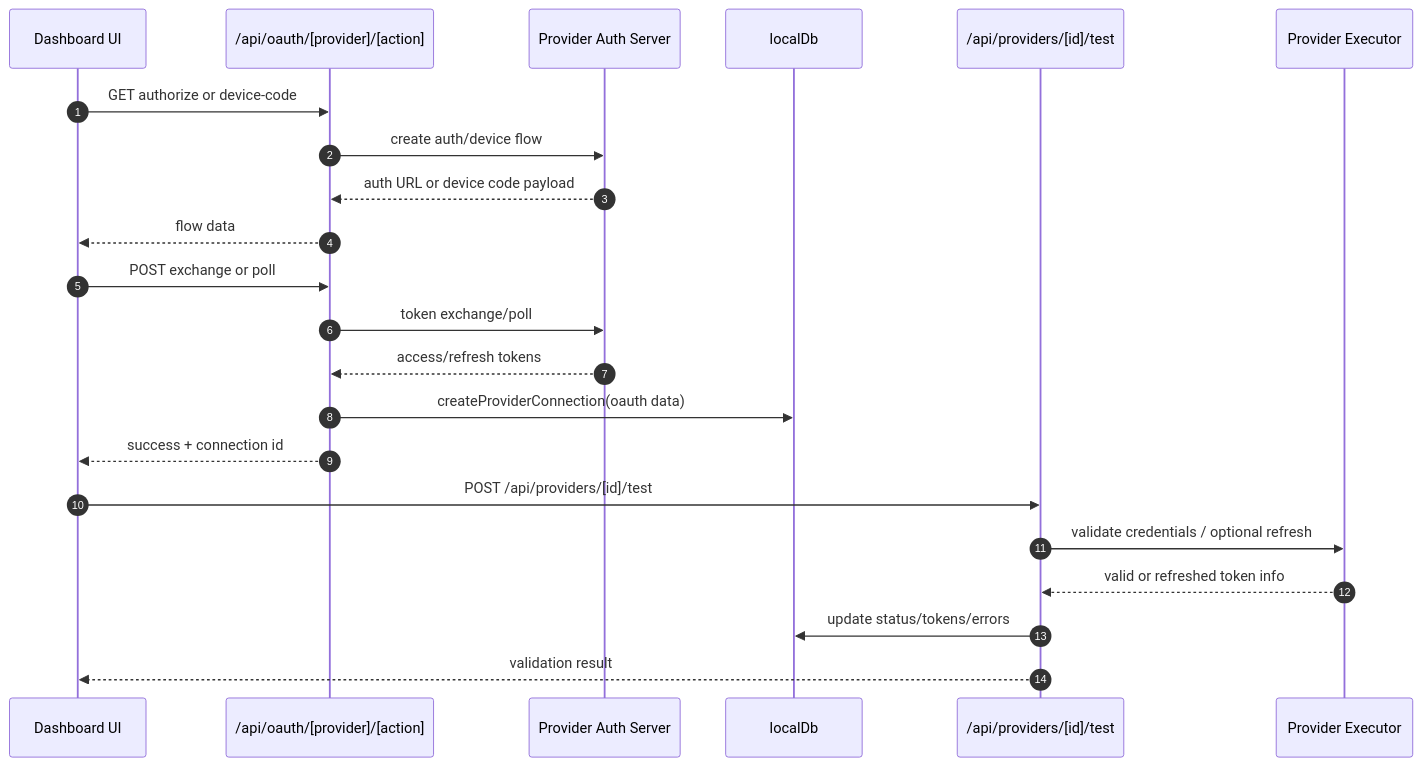
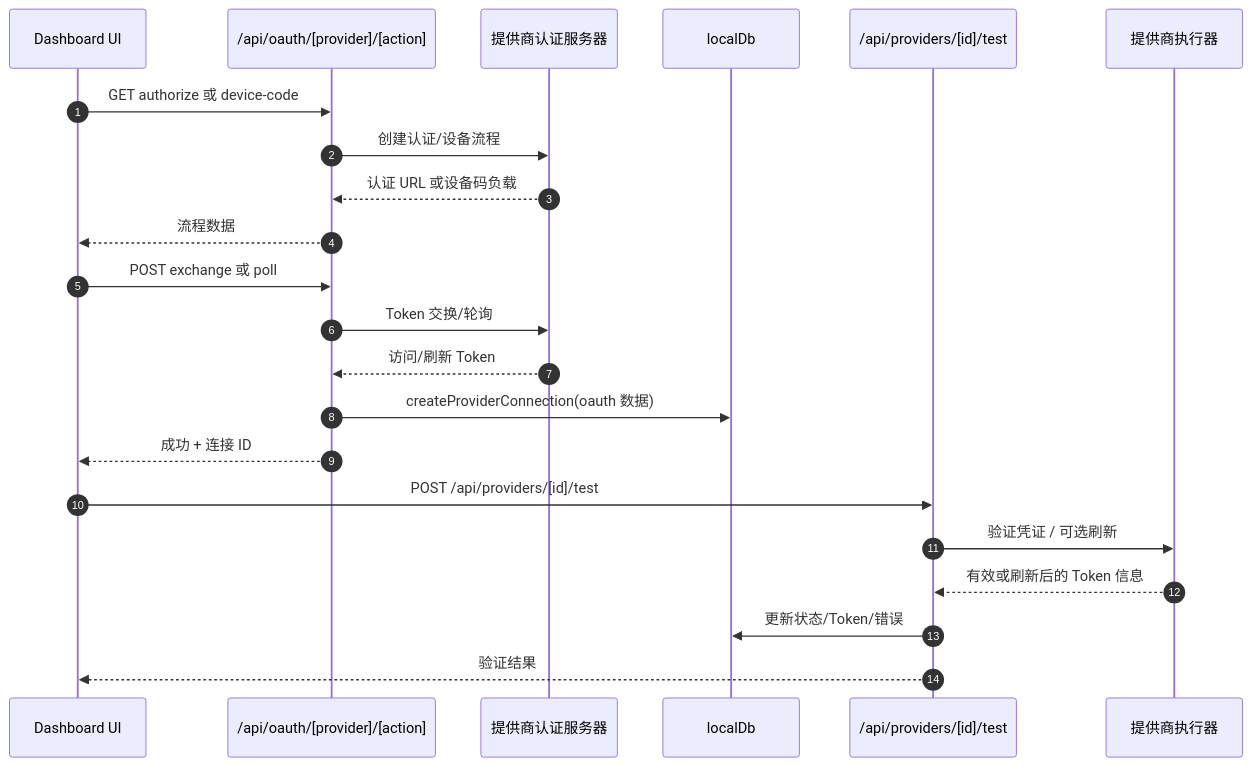
One commit to innotelinc/jesus changed the fourth of 7 diagrams in apps/omniroute/docs/i18n/zh-CN/ARCHITECTURE.md. Above: the diagram before and after it, drawn with Mermaid. The commit also changed other lines of this file and 14 other files, not shown here.

````diff
--- a/apps/omniroute/docs/i18n/zh-CN/ARCHITECTURE.md
+++ b/apps/omniroute/docs/i18n/zh-CN/ARCHITECTURE.md
@@ -346,27 +363,27 @@
 ```mermaid
 sequenceDiagram
     autonumber
     participant UI as Dashboard UI
     participant OAuth as /api/oauth/[provider]/[action]
-    participant ProvAuth as Provider Auth Server
+    participant ProvAuth as 提供商认证服务器
     participant DB as localDb
     participant Test as /api/providers/[id]/test
-    participant Exec as Provider Executor
+    participant Exec as 提供商执行器
 
-    UI->>OAuth: GET authorize or device-code
-    OAuth->>ProvAuth: create auth/device flow
-    ProvAuth-->>OAuth: auth URL or device code payload
-    OAuth-->>UI: flow data
+    UI->>OAuth: GET authorize 或 device-code
+    OAuth->>ProvAuth: 创建认证/设备流程
+    ProvAuth-->>OAuth: 认证 URL 或设备码负载
+    OAuth-->>UI: 流程数据
 
-    UI->>OAuth: POST exchange or poll
-    OAuth->>ProvAuth: token exchange/poll
-    ProvAuth-->>OAuth: access/refresh tokens
-    OAuth->>DB: createProviderConnection(oauth data)
-    OAuth-->>UI: success + connection id
+    UI->>OAuth: POST exchange 或 poll
+    OAuth->>ProvAuth: Token 交换/轮询
+    ProvAuth-->>OAuth: 访问/刷新 Token
+    OAuth->>DB: createProviderConnection(oauth 数据)
+    OAuth-->>UI: 成功 + 连接 ID
 
     UI->>Test: POST /api/providers/[id]/test
-    Test->>Exec: validate credentials / optional refresh
-    Exec-->>Test: valid or refreshed token info
-    Test->>DB: update status/tokens/errors
-    Test-->>UI: validation result
+    Test->>Exec: 验证凭证 / 可选刷新
+    Exec-->>Test: 有效或刷新后的 Token 信息
+    Test->>DB: 更新状态/Token/错误
+    Test-->>UI: 验证结果
 ```
````
